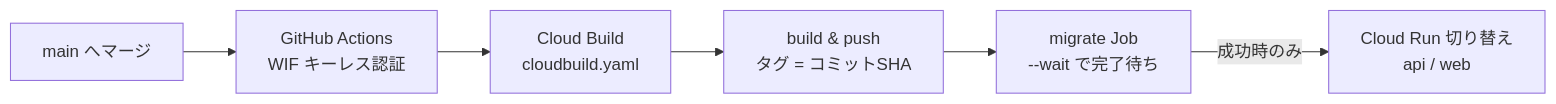
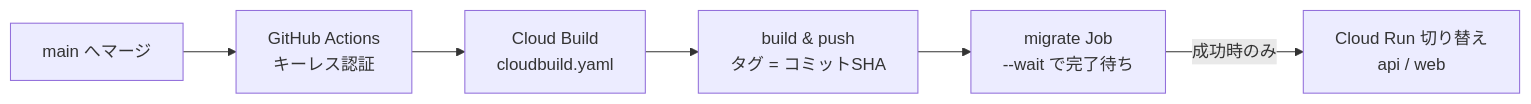
Before and after one commit to masa-devx/it-matching-service-clean-architecture: the diagram in README.md, drawn with Mermaid. The commit also changed other lines of this file and 1 other file, not shown here.

````diff
--- a/README.md
+++ b/README.md
@@ -99,8 +95,8 @@
 ```mermaid
 flowchart LR
-    A[main へマージ] --> B[GitHub Actions<br/>WIF キーレス認証]
+    A[main へマージ] --> B[GitHub Actions<br/>キーレス認証]
     B --> C[Cloud Build<br/>cloudbuild.yaml]
     C --> D[build & push<br/>タグ = コミットSHA]
     D --> E[migrate Job<br/>--wait で完了待ち]
     E -->|成功時のみ| F[Cloud Run 切り替え<br/>api / web]
 ```
````
